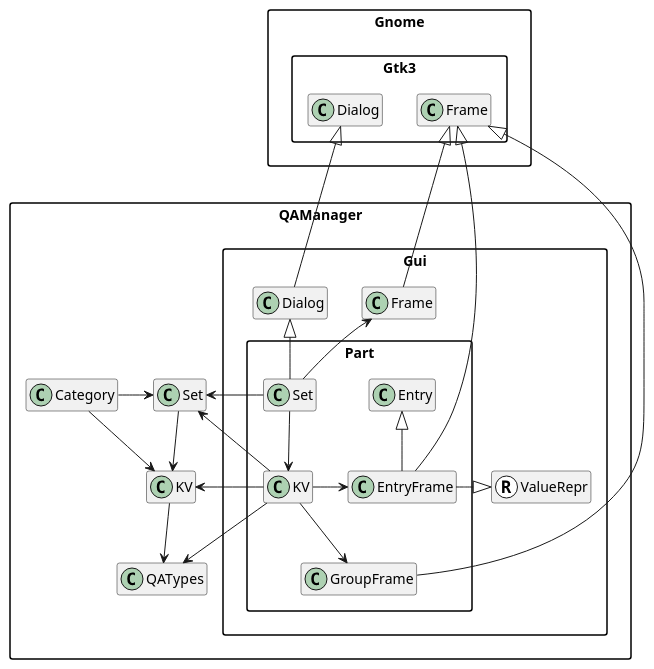
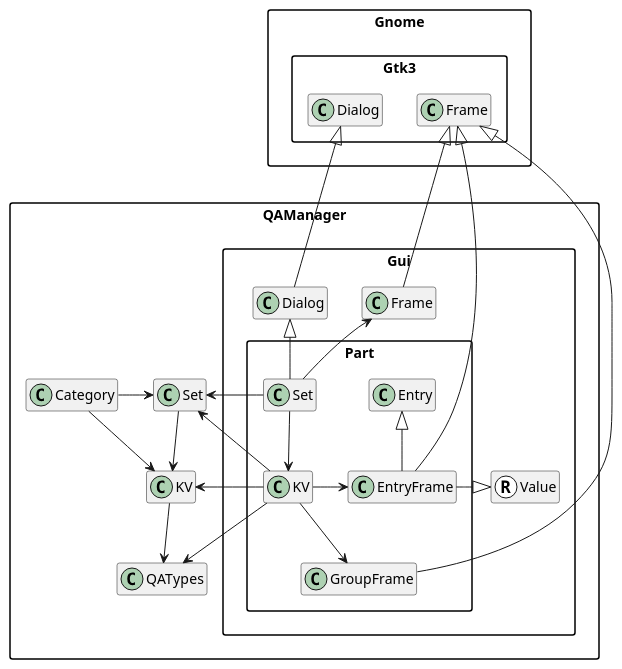
One commit to MARTIMM/qa-manager changed the diagram in doc/plantuml/structure-demodialog.md. Above: the diagram before and after it, drawn with PlantUML. The commit also changed 1 other file, not shown here.

Commit message:
small changes

````diff
--- a/doc/plantuml/structure-demodialog.md
+++ b/doc/plantuml/structure-demodialog.md
@@ -1,42 +1,42 @@
 ```plantuml
 @startuml
 'scale 0.9
 skinparam packageStyle rectangle
 set namespaceSeparator ::
 hide members
 
 'title the set demo dialog
 
 QAManager::Category -> QAManager::Set
 QAManager::Category --> QAManager::KV
 
 QAManager::Set --> QAManager::KV
 
 QAManager::KV --> QAManager::QATypes
 
 Gnome::Gtk3::Dialog <|-- QAManager::Gui::Dialog
 QAManager::Gui::Dialog <|-- QAManager::Gui::Part::Set
 
 QAManager::Gui::Part::Set -> QAManager::Set
 QAManager::Gui::Part::Set --> QAManager::Gui::Part::KV
 
 QAManager::Gui::Frame <-- QAManager::Gui::Part::Set
 Gnome::Gtk3::Frame <|-- QAManager::Gui::Frame
 
 QAManager::Gui::Part::KV --> QAManager::QATypes
 QAManager::Gui::Part::KV -> QAManager::KV
 QAManager::Set <-- QAManager::Gui::Part::KV
 QAManager::Gui::Part::KV --> QAManager::Gui::Part::GroupFrame
 QAManager::Gui::Part::KV -> QAManager::Gui::Part::EntryFrame
 
 Gnome::Gtk3::Frame <|----- QAManager::Gui::Part::GroupFrame
 Gnome::Gtk3::Frame <|----- QAManager::Gui::Part::EntryFrame
 
-class QAManager::Gui::ValueRepr <<(R,White)>>
+class QAManager::Gui::Value <<(R,White)>>
 'hide <<Role>> circle
-QAManager::Gui::Part::EntryFrame -|> QAManager::Gui::ValueRepr
+QAManager::Gui::Part::EntryFrame -|> QAManager::Gui::Value
 
 QAManager::Gui::Part::Entry <|-- QAManager::Gui::Part::EntryFrame
 
 @enduml
 ```
````
